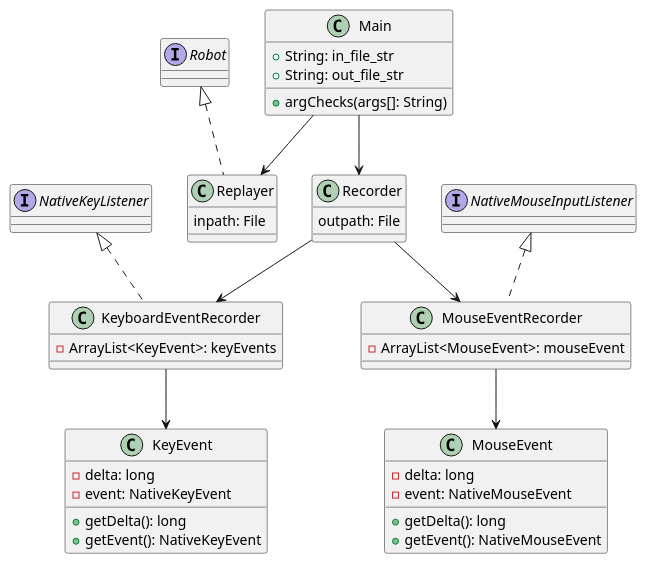
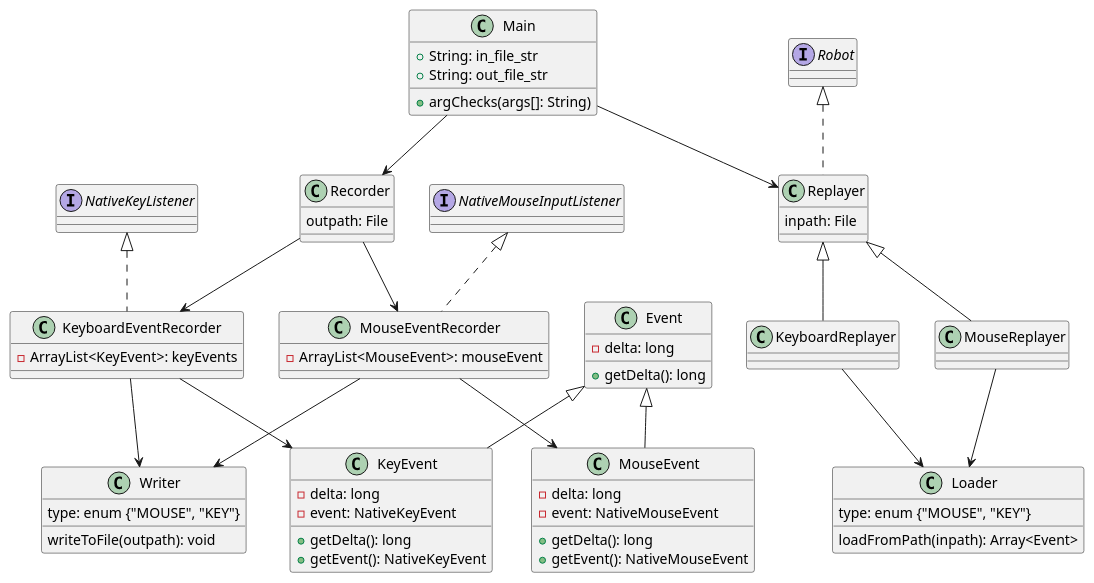
One commit to cis3296f25/UniversalMacroBuilder changed the diagram in classdiagram.puml. Above: the diagram before and after it, drawn with PlantUML.

Commit message:
updates UML to be reflective of design goal

```diff
--- a/classdiagram.puml
+++ b/classdiagram.puml
@@ -1,48 +1,77 @@
 @startuml
 class Main {
     ' takes in command line args to either start recording threads or start the robot reproducer
     + String: in_file_str
     + String: out_file_str
     + argChecks(args[]: String)
 }
 
 class Recorder {
     ' this class simply starts and synchronizes the keyboard and mouse event recorders
     outpath: File
 }
 
 class Replayer implements Robot {
     inpath: File
 }
 
+class KeyboardReplayer extends Replayer {
+}
+
+class MouseReplayer extends Replayer
+
+class Writer {
+    type: enum {"MOUSE", "KEY"}
+    writeToFile(outpath): void
+}
+
+class Loader {
+    type: enum {"MOUSE", "KEY"}
+    loadFromPath(inpath): Array<Event>
+}
+
+
 class KeyboardEventRecorder implements NativeKeyListener {
     ' this thread will record keyboard input and save the input to an arraylist of keyevent. may potentially need multithreading and syncronization to allow multiple key presses to be recorded at the same time?
     - ArrayList<KeyEvent>: keyEvents
 }
 
 class MouseEventRecorder implements NativeMouseInputListener {
     ' this thread will record mouse input similarly to the keyboard recorder
     - ArrayList<MouseEvent>: mouseEvent
 }
 
-class KeyEvent {
+class Event {
+    - delta: long
+    + getDelta(): long
+
+}
+class KeyEvent extends Event {
     - delta: long
     - event: NativeKeyEvent
     + getDelta(): long
     + getEvent(): NativeKeyEvent
 }
 
-class MouseEvent {
+class MouseEvent extends Event {
     - delta: long
     - event: NativeMouseEvent
     + getDelta(): long
     + getEvent(): NativeMouseEvent
 }
 
 Main --> Recorder
 Recorder --> MouseEventRecorder
 Recorder --> KeyboardEventRecorder
 MouseEventRecorder --> MouseEvent
 KeyboardEventRecorder --> KeyEvent
 Main --> Replayer
+
+KeyboardReplayer --> Loader
+MouseReplayer --> Loader
+
+KeyboardEventRecorder --> Writer
+MouseEventRecorder --> Writer
+
+
 @enduml
```
